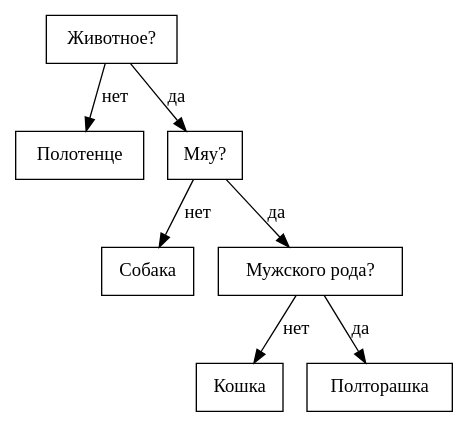
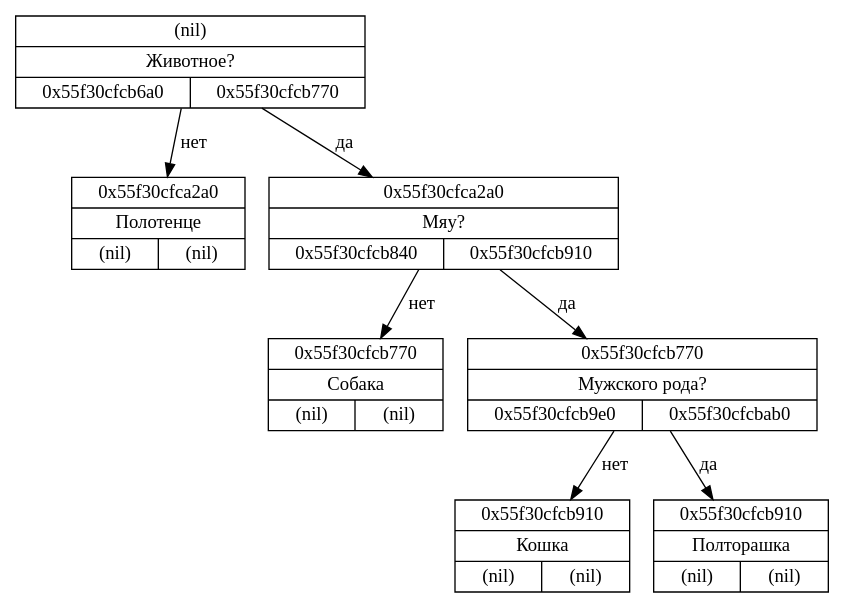
Before and after one commit to asbolt/tree: the diagram in dot.dot, drawn with Graphviz. The commit also changed 7 other files, not shown here.

```diff
--- a/dot.dot
+++ b/dot.dot
@@ -1,16 +1,16 @@
 digraph G{
 rankdir=HR;
-node0x557c7174c2a0 [shape="rectangle", label = "Животное?", rang = 0]
-node0x557c7174d690 [shape="rectangle", label = "Полотенце", rang = 1]
-node0x557c7174d750 [shape="rectangle", label = "Мяу?", rang = 1]
-node0x557c7174d810 [shape="rectangle", label = "Собака", rang = 2]
-node0x557c7174d8d0 [shape="rectangle", label = "Мужского рода?", rang = 2]
-node0x557c7174d990 [shape="rectangle", label = "Кошка", rang = 3]
-node0x557c7174da50 [shape="rectangle", label = "Полторашка", rang = 3]
-node0x557c7174c2a0 -> node0x557c7174d690 [label = "нет"]
-node0x557c7174c2a0 -> node0x557c7174d750 [label = "да"]
-node0x557c7174d750 -> node0x557c7174d810 [label = "нет"]
-node0x557c7174d750 -> node0x557c7174d8d0 [label = "да"]
-node0x557c7174d8d0 -> node0x557c7174d990 [label = "нет"]
-node0x557c7174d8d0 -> node0x557c7174da50 [label = "да"]
+node0x55f30cfca2a0 [shape=record, label = "{(nil) | {Животное?} | {0x55f30cfcb6a0 | 0x55f30cfcb770}}", rang = 0]
+node0x55f30cfcb6a0 [shape=record, label = "{0x55f30cfca2a0 | {Полотенце} | {(nil) | (nil)}}", rang = 1]
+node0x55f30cfcb770 [shape=record, label = "{0x55f30cfca2a0 | {Мяу?} | {0x55f30cfcb840 | 0x55f30cfcb910}}", rang = 1]
+node0x55f30cfcb840 [shape=record, label = "{0x55f30cfcb770 | {Собака} | {(nil) | (nil)}}", rang = 2]
+node0x55f30cfcb910 [shape=record, label = "{0x55f30cfcb770 | {Мужского рода?} | {0x55f30cfcb9e0 | 0x55f30cfcbab0}}", rang = 2]
+node0x55f30cfcb9e0 [shape=record, label = "{0x55f30cfcb910 | {Кошка} | {(nil) | (nil)}}", rang = 3]
+node0x55f30cfcbab0 [shape=record, label = "{0x55f30cfcb910 | {Полторашка} | {(nil) | (nil)}}", rang = 3]
+node0x55f30cfca2a0 -> node0x55f30cfcb6a0 [label = "нет"]
+node0x55f30cfca2a0 -> node0x55f30cfcb770 [label = "да"]
+node0x55f30cfcb770 -> node0x55f30cfcb840 [label = "нет"]
+node0x55f30cfcb770 -> node0x55f30cfcb910 [label = "да"]
+node0x55f30cfcb910 -> node0x55f30cfcb9e0 [label = "нет"]
+node0x55f30cfcb910 -> node0x55f30cfcbab0 [label = "да"]
 }
```
